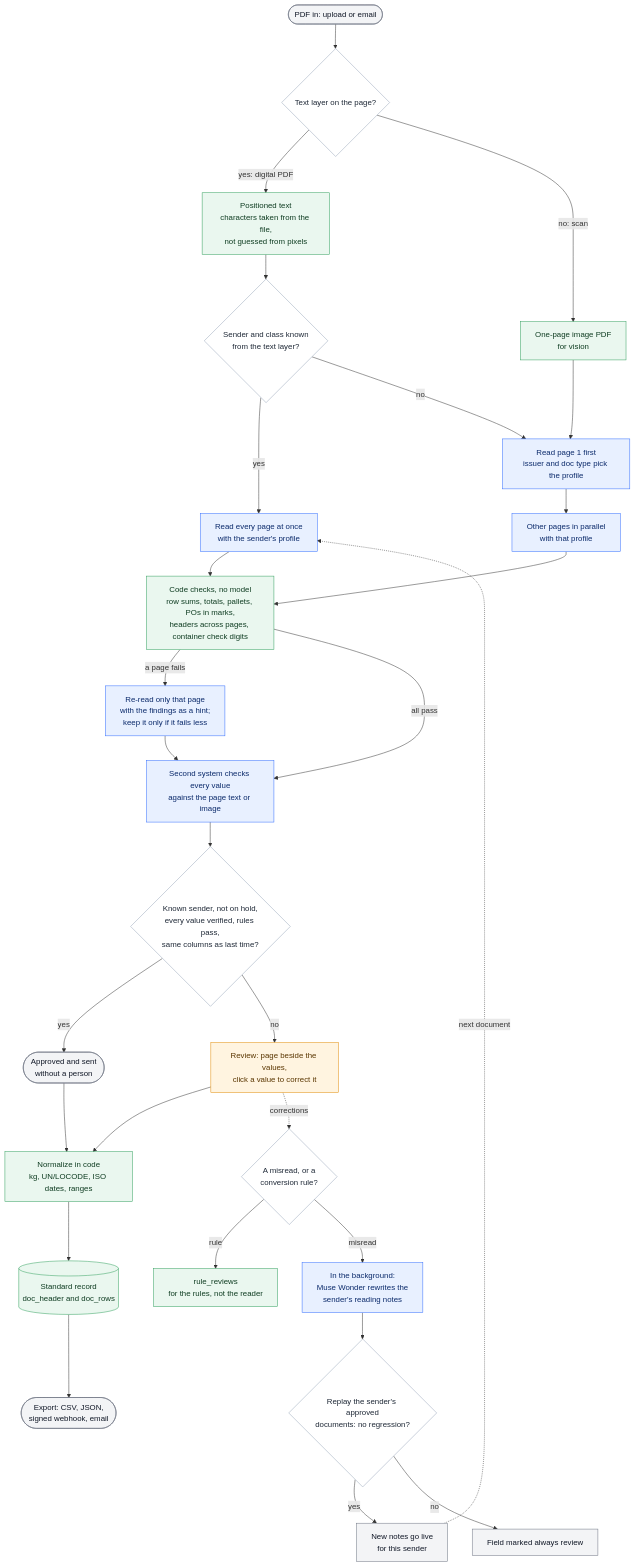
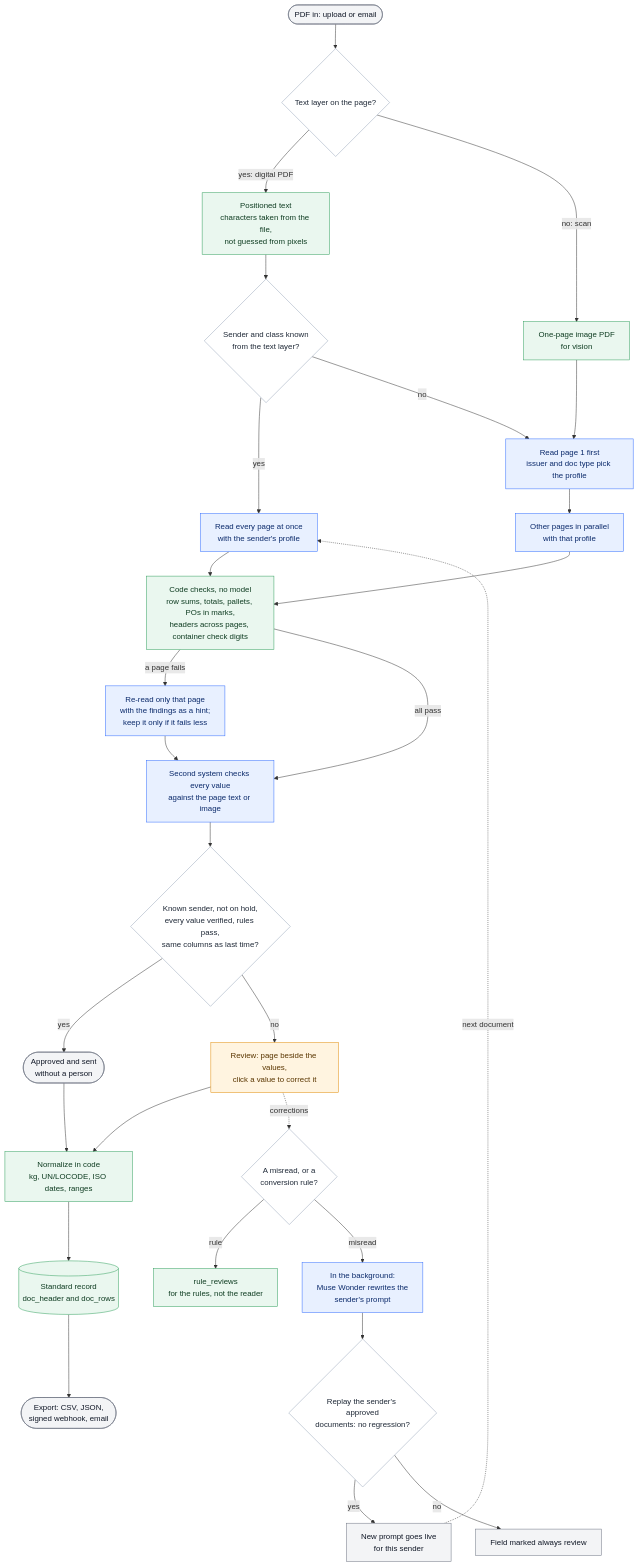
The diagram in README.md (fobby-io/fobby-connect), drawn with Mermaid before and after one commit. The commit also changed other lines of this file and 1 other file, not shown here.

Commit message:
README and pipeline diagram: Muse Wonder rewrites the sender's prompt; the new prompt goes live only if the replay shows no regression

````diff
--- a/README.md
+++ b/README.md
@@ -26,42 +26,42 @@
 ```mermaid
 flowchart TD
     A(["PDF in: upload or email"]) --> B{"Text layer on the page?"}
     B -- "yes: digital PDF" --> C["Positioned text<br/>characters taken from the file,<br/>not guessed from pixels"]
     B -- "no: scan" --> D["One-page image PDF<br/>for vision"]
     C --> E{"Sender and class known<br/>from the text layer?"}
     D --> F["Read page 1 first<br/>issuer and doc type pick the profile"]
     E -- "yes" --> G["Read every page at once<br/>with the sender's profile"]
     E -- "no" --> F
     F --> H["Other pages in parallel<br/>with that profile"]
     G --> I["Code checks, no model<br/>row sums, totals, pallets, POs in marks,<br/>headers across pages, container check digits"]
     H --> I
     I -- "a page fails" --> J["Re-read only that page<br/>with the findings as a hint;<br/>keep it only if it fails less"]
     J --> K
     I -- "all pass" --> K["Second system checks every value<br/>against the page text or image"]
     K --> L{"Known sender, not on hold,<br/>every value verified, rules pass,<br/>same columns as last time?"}
     L -- "yes" --> M(["Approved and sent<br/>without a person"])
     L -- "no" --> N["Review: page beside the values,<br/>click a value to correct it"]
     N --> O["Normalize in code<br/>kg, UN/LOCODE, ISO dates, ranges"]
     M --> O
     O --> P[("Standard record<br/>doc_header and doc_rows")]
     P --> Q(["Export: CSV, JSON,<br/>signed webhook, email"])
     N -. "corrections" .-> R{"A misread, or a<br/>conversion rule?"}
     R -- "rule" --> S["rule_reviews<br/>for the rules, not the reader"]
-    R -- "misread" --> T["In the background:<br/>Muse Wonder rewrites the<br/>sender's reading notes"]
+    R -- "misread" --> T["In the background:<br/>Muse Wonder rewrites the<br/>sender's prompt"]
     T --> U{"Replay the sender's approved<br/>documents: no regression?"}
-    U -- "yes" --> V["New notes go live<br/>for this sender"]
+    U -- "yes" --> V["New prompt goes live<br/>for this sender"]
     U -- "no" --> W["Field marked always review"]
     V -. "next document" .-> G
 
     classDef model fill:#e8f0ff,stroke:#2f6bff,color:#0b2a6b
     classDef code fill:#eaf7ef,stroke:#2e9e5b,color:#0f3d22
     classDef person fill:#fff4e0,stroke:#e08a00,color:#5a3600
     classDef out fill:#f3f4f6,stroke:#6b7280,color:#111827
     class F,G,H,J,T model
     class C,D,I,O,P,S,U code
     class K model
     class N person
     classDef ask fill:#ffffff,stroke:#94a3b8,color:#1f2937
     class A,M,Q,V,W out
     class B,E,L,R,U ask
 ```
````
